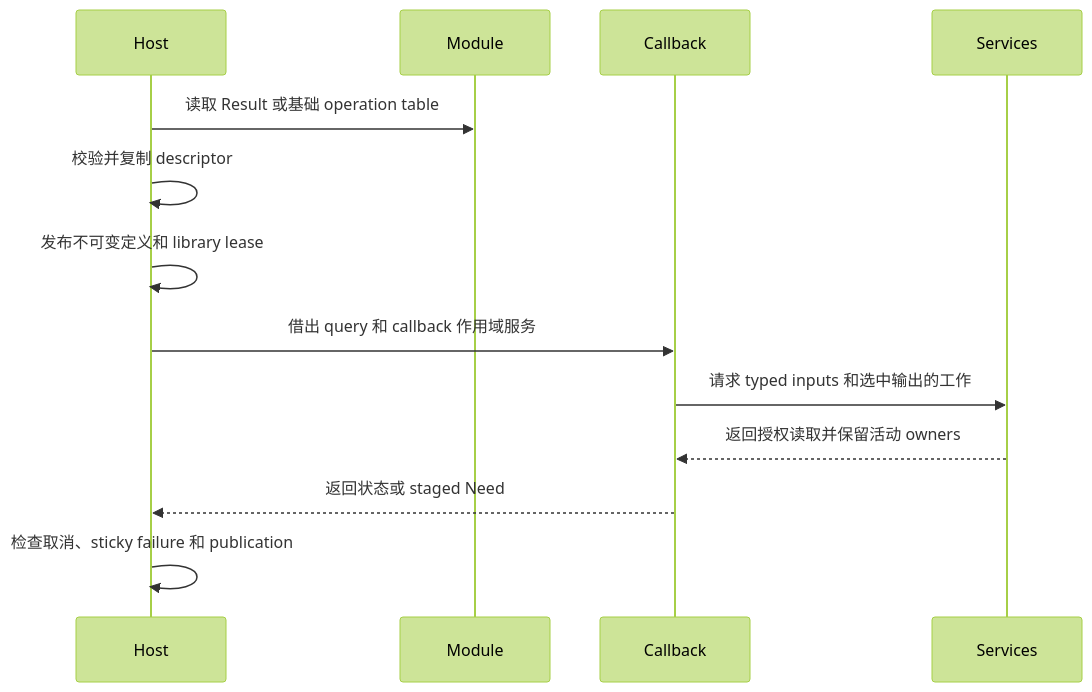
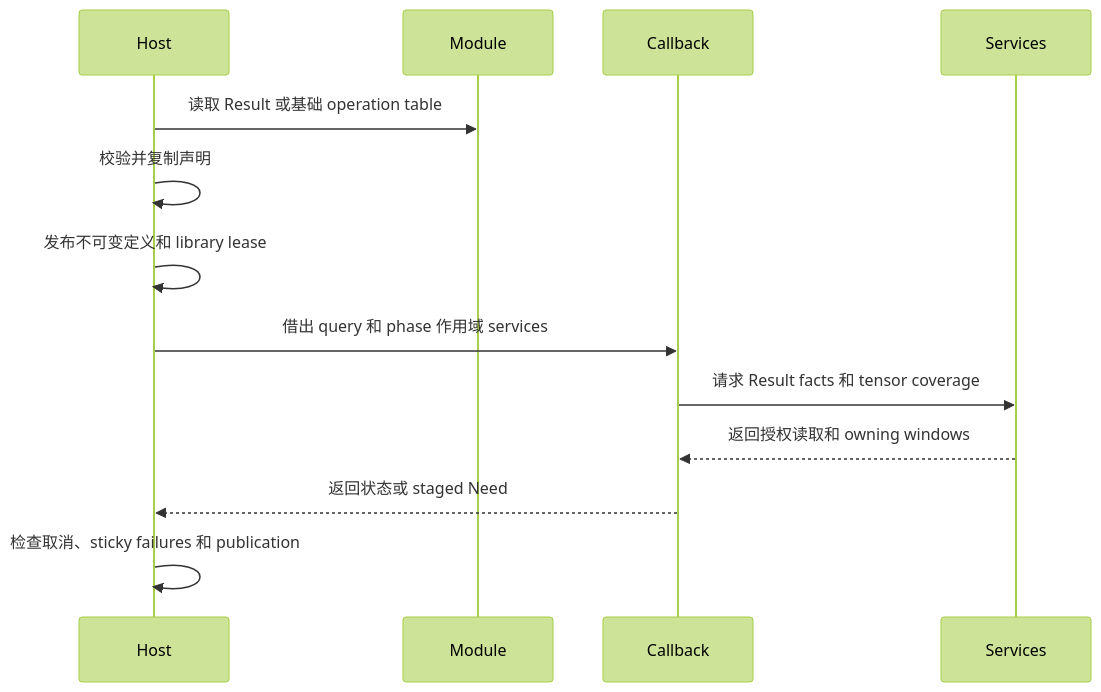
Before and after one commit to kevin-zf1123/photospider: the diagram in docs/kernel-architecture/zh/Plugin-ABI.zh.md, drawn with Mermaid (forest theme). The commit also changed other lines of this file and 815 other files, not shown here.

````diff
--- a/docs/kernel-architecture/zh/Plugin-ABI.zh.md
+++ b/docs/kernel-architecture/zh/Plugin-ABI.zh.md
@@ -9,15 +9,15 @@
 ```mermaid
 sequenceDiagram
     participant Host
     participant Module
     participant Callback
     participant Services
     Host->>Module: 读取 Result 或基础 operation table
-    Host->>Host: 校验并复制 descriptor
+    Host->>Host: 校验并复制声明
     Host->>Host: 发布不可变定义和 library lease
-    Host->>Callback: 借出 query 和 callback 作用域服务
-    Callback->>Services: 请求 typed inputs 和选中输出的工作
-    Services-->>Callback: 返回授权读取并保留活动 owners
+    Host->>Callback: 借出 query 和 phase 作用域 services
+    Callback->>Services: 请求 Result facts 和 tensor coverage
+    Services-->>Callback: 返回授权读取和 owning windows
     Callback-->>Host: 返回状态或 staged Need
-    Host->>Host: 检查取消、sticky failure 和 publication
+    Host->>Host: 检查取消、sticky failures 和 publication
 ```
````
